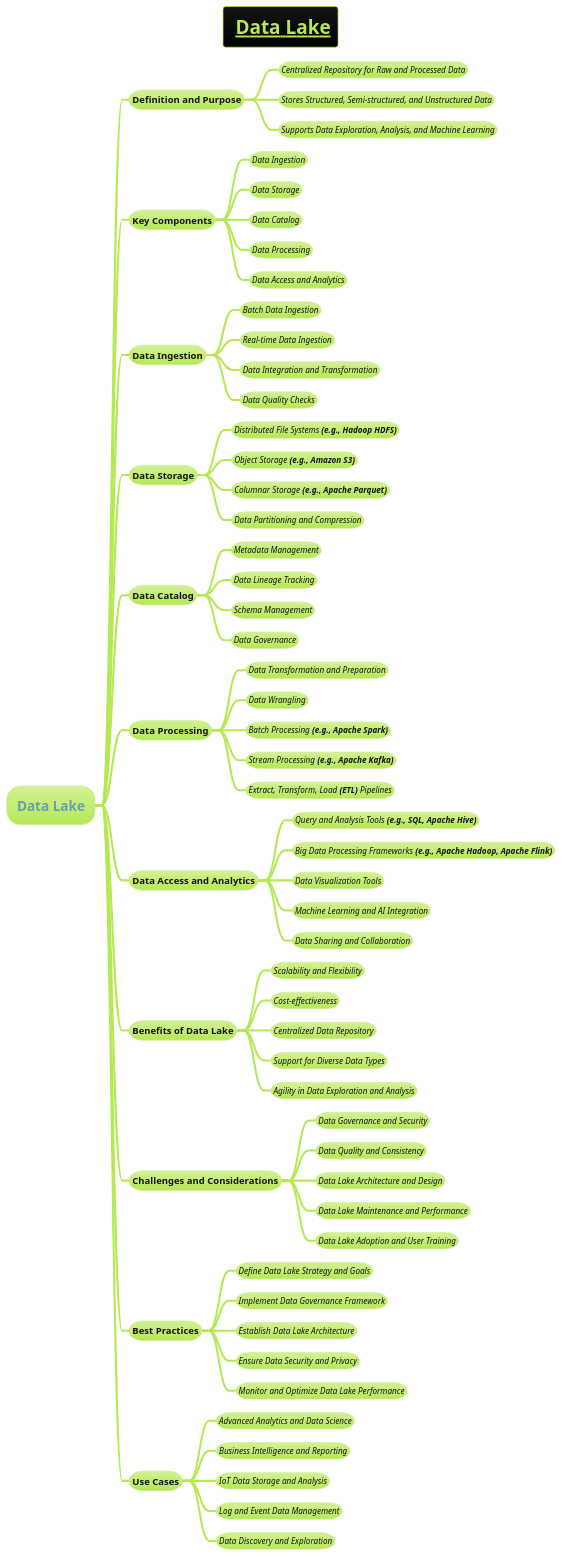
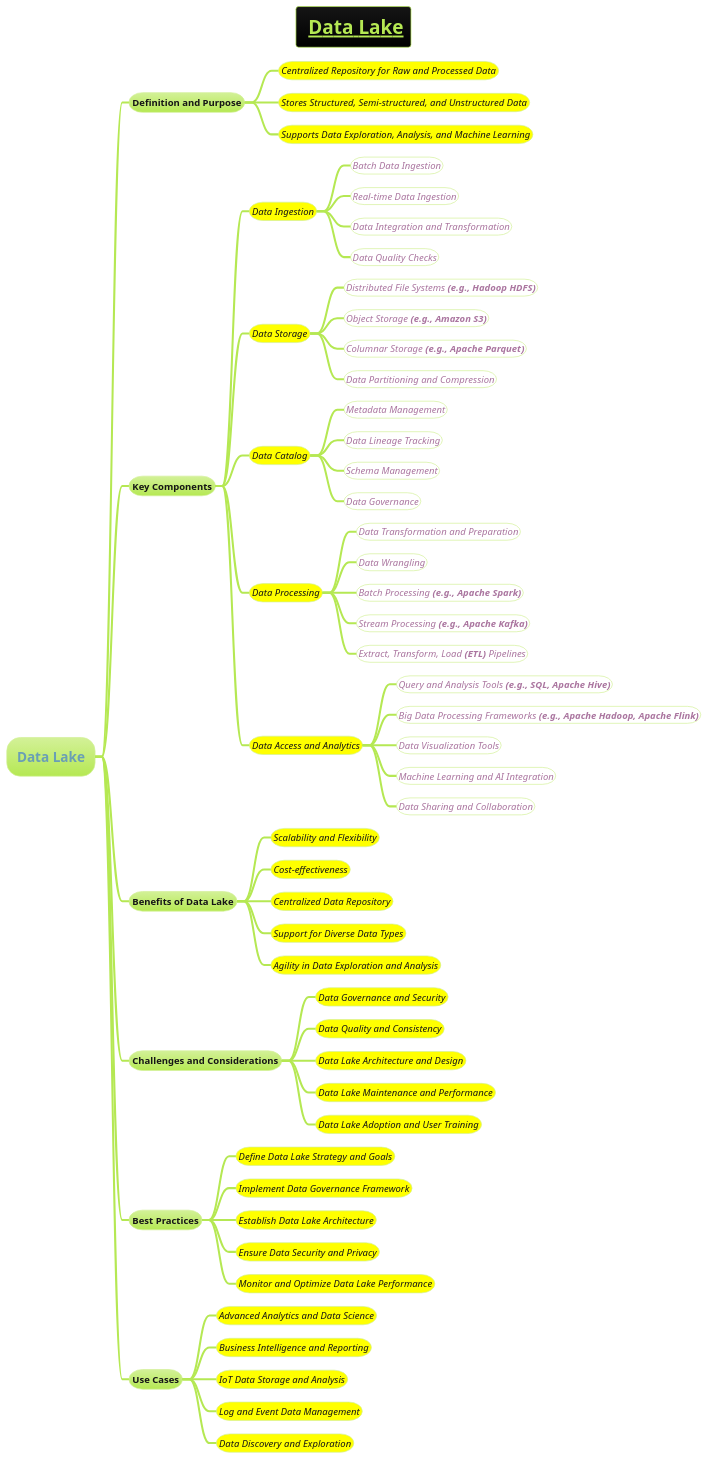
The diagram in docs/AI-ML- DL-Data-Science-and-BigData/data-science/data-engineering/data-storage-and-management/Data-Lake.puml (MehmoodHashmi/Documentation-as-Code-DaC), drawn with PlantUML before and after one commit. The commit also changed 4 other files, not shown here.

```diff
--- a/docs/AI-ML- DL-Data-Science-and-BigData/data-science/data-engineering/data-storage-and-management/Data-Lake.puml
+++ b/docs/AI-ML- DL-Data-Science-and-BigData/data-science/data-engineering/data-storage-and-management/Data-Lake.puml
@@ -1,88 +1,82 @@
 @startmindmap
 skinparam node {
     BorderColor DarkSlateGray
     BackgroundColor LightCyan
     FontStyle italic
 }
 skinparam connector {
     Color DarkSlateGray
     FontStyle Bold
 }
 
 title =__ Data Lake__
 !theme hacker
 * =Data Lake
 
 ** Definition and Purpose
-*** Centralized Repository for Raw and Processed Data
-*** Stores Structured, Semi-structured, and Unstructured Data
-*** Supports Data Exploration, Analysis, and Machine Learning
+***[#yellow] ====<size:14>Centralized Repository for Raw and Processed Data
+***[#yellow] ====<size:14>Stores Structured, Semi-structured, and Unstructured Data
+***[#yellow] ====<size:14>Supports Data Exploration, Analysis, and Machine Learning
 
 ** Key Components
-*** Data Ingestion
-*** Data Storage
-*** Data Catalog
-*** Data Processing
-*** Data Access and Analytics
+***[#yellow] ====<size:14>Data Ingestion
+****[#white] ====<size:14>Batch Data Ingestion
+****[#white] ====<size:14>Real-time Data Ingestion
+****[#white] ====<size:14>Data Integration and Transformation
+****[#white] ====<size:14>Data Quality Checks
 
-** Data Ingestion
-*** Batch Data Ingestion
-*** Real-time Data Ingestion
-*** Data Integration and Transformation
-*** Data Quality Checks
+***[#yellow] ====<size:14>Data Storage
+****[#white] ====<size:14>Distributed File Systems **(e.g., Hadoop HDFS)**
+****[#white] ====<size:14>Object Storage **(e.g., Amazon S3)**
+****[#white] ====<size:14>Columnar Storage **(e.g., Apache Parquet)**
+****[#white] ====<size:14>Data Partitioning and Compression
 
-** Data Storage
-*** Distributed File Systems **(e.g., Hadoop HDFS)**
-*** Object Storage **(e.g., Amazon S3)**
-*** Columnar Storage **(e.g., Apache Parquet)**
-*** Data Partitioning and Compression
+***[#yellow] ====<size:14>Data Catalog
+****[#white] ====<size:14>Metadata Management
+****[#white] ====<size:14>Data Lineage Tracking
+****[#white] ====<size:14>Schema Management
+****[#white] ====<size:14>Data Governance
 
-** Data Catalog
-*** Metadata Management
-*** Data Lineage Tracking
-*** Schema Management
-*** Data Governance
+***[#yellow] ====<size:14>Data Processing
+****[#white] ====<size:14>Data Transformation and Preparation
+****[#white] ====<size:14>Data Wrangling
+****[#white] ====<size:14>Batch Processing **(e.g., Apache Spark)**
+****[#white] ====<size:14>Stream Processing **(e.g., Apache Kafka)**
+****[#white] ====<size:14>Extract, Transform, Load **(ETL)** Pipelines
 
-** Data Processing
-*** Data Transformation and Preparation
-*** Data Wrangling
-*** Batch Processing **(e.g., Apache Spark)**
-*** Stream Processing **(e.g., Apache Kafka)**
-*** Extract, Transform, Load **(ETL)** Pipelines
-
-** Data Access and Analytics
-*** Query and Analysis Tools **(e.g., SQL, Apache Hive)**
-*** Big Data Processing Frameworks **(e.g., Apache Hadoop, Apache Flink)**
-*** Data Visualization Tools
-*** Machine Learning and AI Integration
-*** Data Sharing and Collaboration
+***[#yellow] ====<size:14>Data Access and Analytics
+****[#white] ====<size:14>Query and Analysis Tools **(e.g., SQL, Apache Hive)**
+****[#white] ====<size:14>Big Data Processing Frameworks **(e.g., Apache Hadoop, Apache Flink)**
+****[#white] ====<size:14>Data Visualization Tools
+****[#white] ====<size:14>Machine Learning and AI Integration
+****[#white] ====<size:14>Data Sharing and Collaboration
 
 ** Benefits of Data Lake
-*** Scalability and Flexibility
-*** Cost-effectiveness
-*** Centralized Data Repository
-*** Support for Diverse Data Types
-*** Agility in Data Exploration and Analysis
+***[#yellow] ====<size:14>Scalability and Flexibility
+***[#yellow] ====<size:14>Cost-effectiveness
+***[#yellow] ====<size:14>Centralized Data Repository
+***[#yellow] ====<size:14>Support for Diverse Data Types
+***[#yellow] ====<size:14>Agility in Data Exploration and Analysis
 
 ** Challenges and Considerations
-*** Data Governance and Security
-*** Data Quality and Consistency
-*** Data Lake Architecture and Design
-*** Data Lake Maintenance and Performance
-*** Data Lake Adoption and User Training
+***[#yellow] ====<size:14>Data Governance and Security
+***[#yellow] ====<size:14>Data Quality and Consistency
+***[#yellow] ====<size:14>Data Lake Architecture and Design
+***[#yellow] ====<size:14>Data Lake Maintenance and Performance
+***[#yellow] ====<size:14>Data Lake Adoption and User Training
 
 ** Best Practices
-*** Define Data Lake Strategy and Goals
-*** Implement Data Governance Framework
-*** Establish Data Lake Architecture
-*** Ensure Data Security and Privacy
-*** Monitor and Optimize Data Lake Performance
+***[#yellow] ====<size:14>Define Data Lake Strategy and Goals
+***[#yellow] ====<size:14>Implement Data Governance Framework
+***[#yellow] ====<size:14>Establish Data Lake Architecture
+***[#yellow] ====<size:14>Ensure Data Security and Privacy
+***[#yellow] ====<size:14>Monitor and Optimize Data Lake Performance
 
 ** Use Cases
-*** Advanced Analytics and Data Science
-*** Business Intelligence and Reporting
-*** IoT Data Storage and Analysis
-*** Log and Event Data Management
-*** Data Discovery and Exploration
+***[#yellow] ====<size:14>Advanced Analytics and Data Science
+***[#yellow] ====<size:14>Business Intelligence and Reporting
+***[#yellow] ====<size:14>IoT Data Storage and Analysis
+***[#yellow] ====<size:14>Log and Event Data Management
+***[#yellow] ====<size:14>Data Discovery and Exploration
 
 @endmindmap
```
